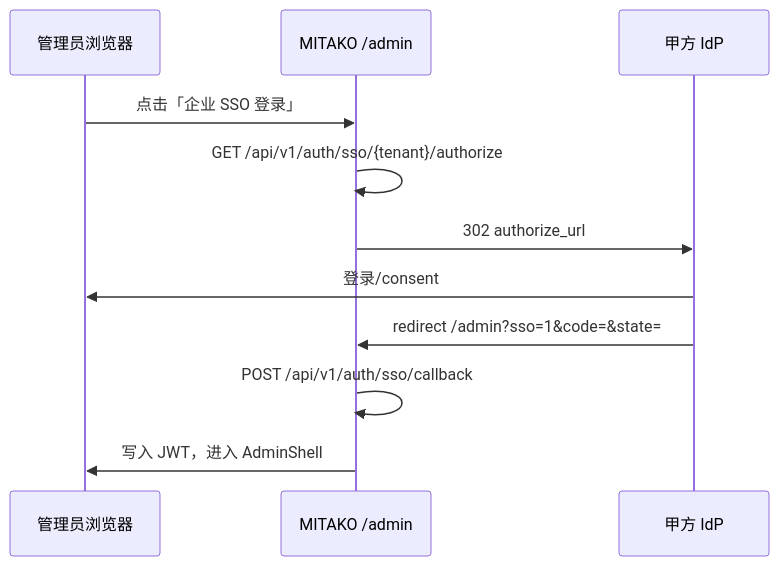
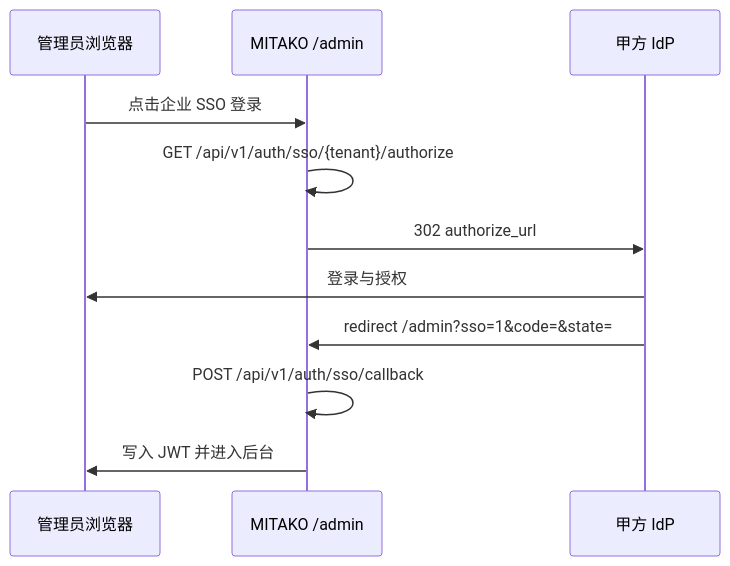
One commit to LoopRouterAI/MITAKO-Agent-JK changed the diagram in docs/integration/sso-oidc-guide.md. Above: the diagram before and after it, drawn with Mermaid. The commit also changed other lines of this file and 345 other files, not shown here.

````diff
--- a/docs/integration/sso-oidc-guide.md
+++ b/docs/integration/sso-oidc-guide.md
@@ -60,14 +54,13 @@
 ```mermaid
 sequenceDiagram
   participant U as 管理员浏览器
   participant M as MITAKO /admin
   participant I as 甲方 IdP
-
-  U->>M: 点击「企业 SSO 登录」
+  U->>M: 点击企业 SSO 登录
   M->>M: GET /api/v1/auth/sso/{tenant}/authorize
   M->>I: 302 authorize_url
-  I->>U: 登录/consent
+  I->>U: 登录与授权
   I->>M: redirect /admin?sso=1&code=&state=
   M->>M: POST /api/v1/auth/sso/callback
-  M->>U: 写入 JWT，进入 AdminShell
+  M->>U: 写入 JWT 并进入后台
 ```
````
